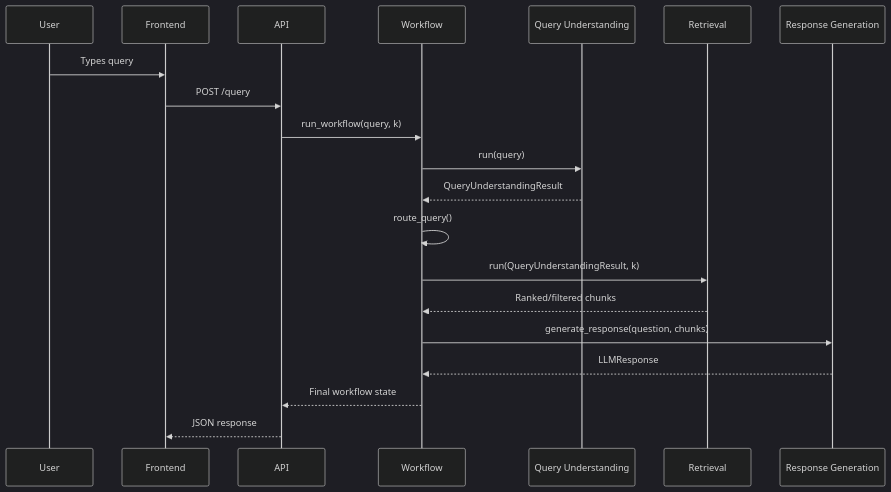
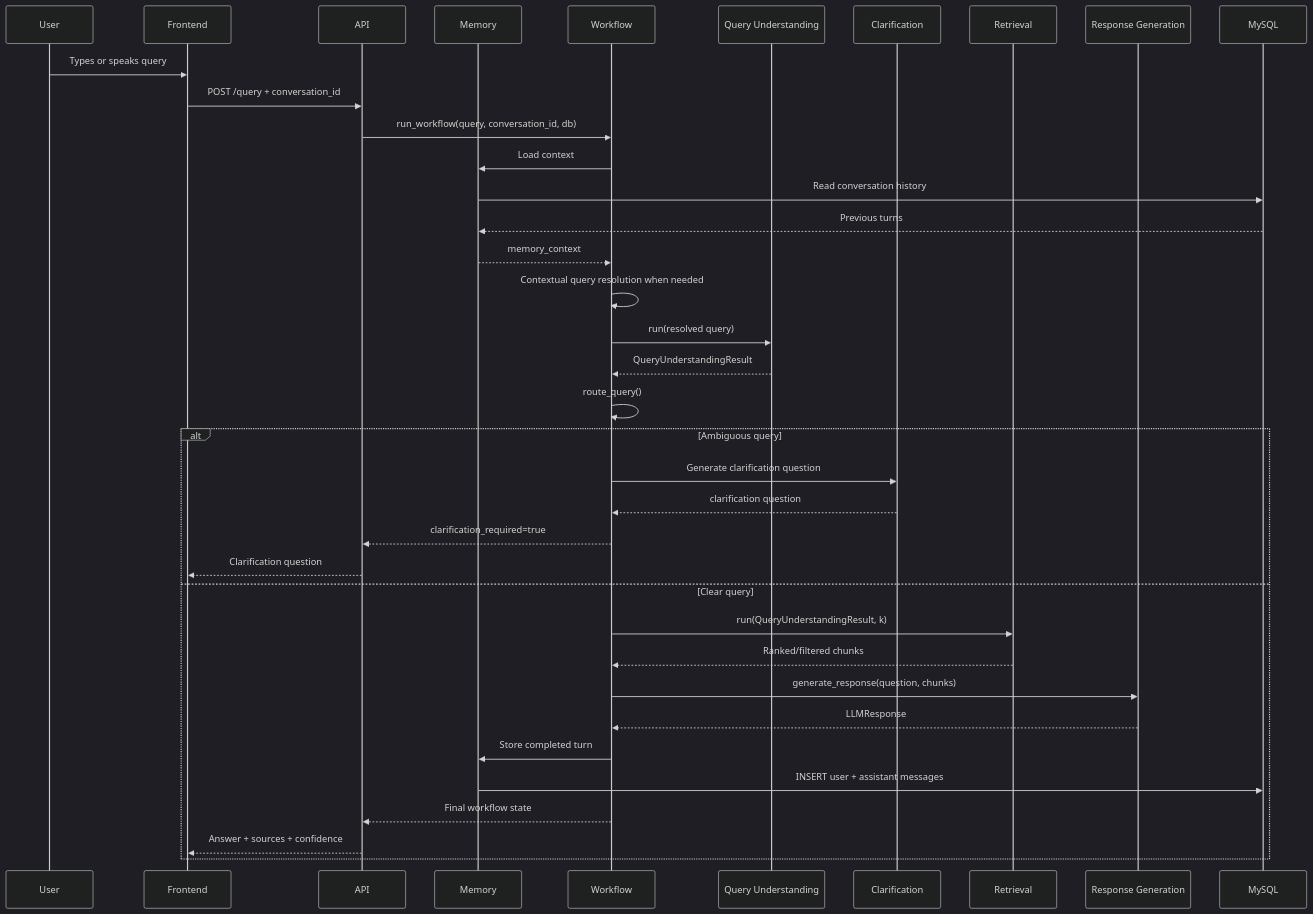
One commit to poojithamalaparaju-ctrl/Development-of-AI-Based-Knowledge-Retrieval-Platform-with-Query-Resolution-System changed the fifth of 8 diagrams in PROJECT_GUIDE.md. Above: the diagram before and after it, drawn with Mermaid (dark theme). The commit also changed other lines of this file, not shown here.

````diff
--- a/PROJECT_GUIDE.md
+++ b/PROJECT_GUIDE.md
@@ -392,23 +712,41 @@
 ```mermaid
 sequenceDiagram
     participant User
     participant Frontend
     participant API
+    participant Memory
     participant Workflow
     participant QUA as Query Understanding
+    participant Clarification
     participant RA as Retrieval
     participant RGA as Response Generation
+    participant MySQL
 
-    User->>Frontend: Types query
-    Frontend->>API: POST /query
-    API->>Workflow: run_workflow(query, k)
-    Workflow->>QUA: run(query)
+    User->>Frontend: Types or speaks query
+    Frontend->>API: POST /query + conversation_id
+    API->>Workflow: run_workflow(query, conversation_id, db)
+    Workflow->>Memory: Load context
+    Memory->>MySQL: Read conversation history
+    MySQL-->>Memory: Previous turns
+    Memory-->>Workflow: memory_context
+    Workflow->>Workflow: Contextual query resolution when needed
+    Workflow->>QUA: run(resolved query)
     QUA-->>Workflow: QueryUnderstandingResult
     Workflow->>Workflow: route_query()
-    Workflow->>RA: run(QueryUnderstandingResult, k)
-    RA-->>Workflow: Ranked/filtered chunks
-    Workflow->>RGA: generate_response(question, chunks)
-    RGA-->>Workflow: LLMResponse
-    Workflow-->>API: Final workflow state
-    API-->>Frontend: JSON response
+
+    alt Ambiguous query
+        Workflow->>Clarification: Generate clarification question
+        Clarification-->>Workflow: clarification question
+        Workflow-->>API: clarification_required=true
+        API-->>Frontend: Clarification question
+    else Clear query
+        Workflow->>RA: run(QueryUnderstandingResult, k)
+        RA-->>Workflow: Ranked/filtered chunks
+        Workflow->>RGA: generate_response(question, chunks)
+        RGA-->>Workflow: LLMResponse
+        Workflow->>Memory: Store completed turn
+        Memory->>MySQL: INSERT user + assistant messages
+        Workflow-->>API: Final workflow state
+        API-->>Frontend: Answer + sources + confidence
+    end
 ```
````
